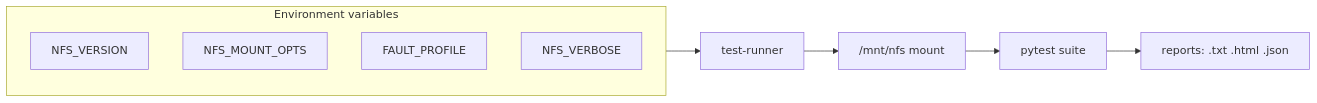
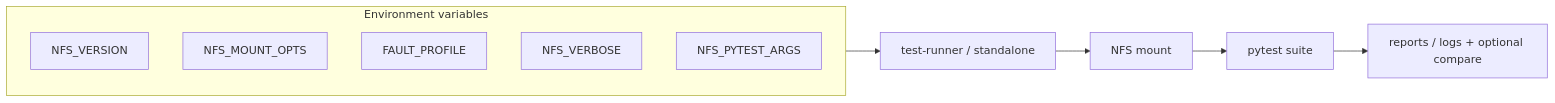
One commit to mowgli42/silver-fiesta changed the third of 4 diagrams in TESTING.md. Above: the diagram before and after it, drawn with Mermaid. The commit also changed other lines of this file and 10 other files, not shown here.

First line of the commit message:
Add NFS mount-option performance sweep and testing docs

````diff
--- a/TESTING.md
+++ b/TESTING.md
@@ -49,14 +126,15 @@
 ```mermaid
 flowchart LR
   subgraph env["Environment variables"]
     V1[NFS_VERSION]
     V2[NFS_MOUNT_OPTS]
     V3[FAULT_PROFILE]
     V4[NFS_VERBOSE]
+    V5[NFS_PYTEST_ARGS]
   end
 
-  env --> TR[test-runner]
-  TR --> MP["/mnt/nfs mount"]
+  env --> TR[test-runner / standalone]
+  TR --> MP["NFS mount"]
   MP --> PY[pytest suite]
-  PY --> OUT["reports: .txt .html .json"]
+  PY --> OUT["reports / logs + optional compare"]
 ```
````
